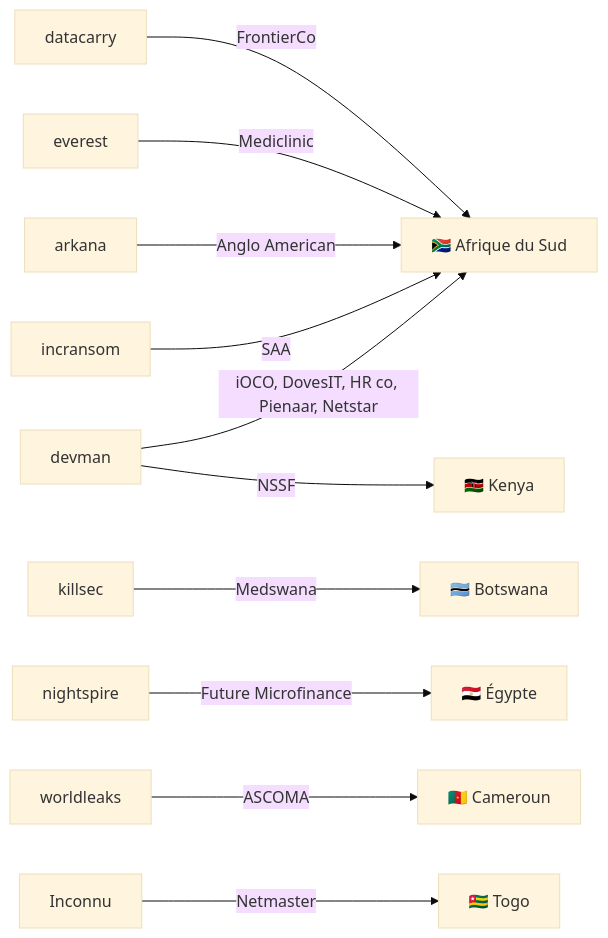
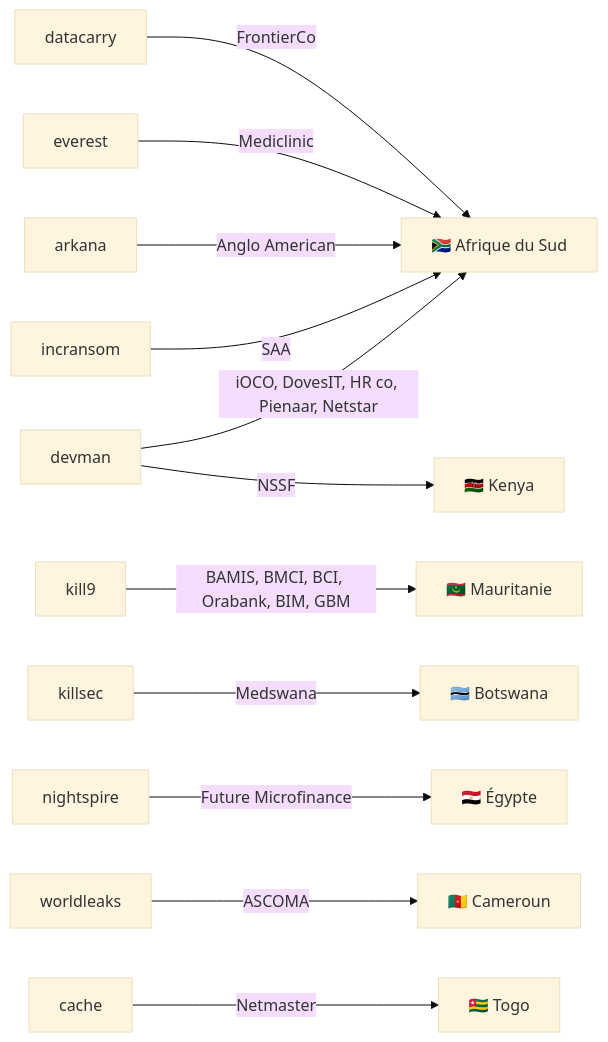
Before and after one commit to Hatchepsoute/AFRINTEL: the fourth of 4 diagrams in CyberAttackAfrica/2025/05-may/README_FR.md, drawn with Mermaid (base theme). The commit also changed other lines of this file and 255 other files, not shown here.

````diff
--- a/CyberAttackAfrica/2025/05-may/README_FR.md
+++ b/CyberAttackAfrica/2025/05-may/README_FR.md
@@ -126,13 +148,14 @@
 ```mermaid
 graph LR
     devman -->|iOCO, DovesIT, HR co, Pienaar, Netstar| AfriqueSud["🇿🇦 Afrique du Sud"]
     devman -->|NSSF| Kenya["🇰🇪 Kenya"]
+    kill9 -->|BAMIS, BMCI, BCI, Orabank, BIM, GBM| Mauritanie["🇲🇷 Mauritanie"]
     killsec -->|Medswana| Botswana["🇧🇼 Botswana"]
     nightspire -->|Future Microfinance| Egypte["🇪🇬 Égypte"]
     incransom -->|SAA| AfriqueSud
     arkana -->|Anglo American| AfriqueSud
     everest -->|Mediclinic| AfriqueSud
     datacarry -->|FrontierCo| AfriqueSud
     worldleaks -->|ASCOMA| Cameroun["🇨🇲 Cameroun"]
-    inconnu["Inconnu"] -->|Netmaster| Togo["🇹🇬 Togo"]
+    cache["cache"] -->|Netmaster| Togo["🇹🇬 Togo"]
 ```
````
